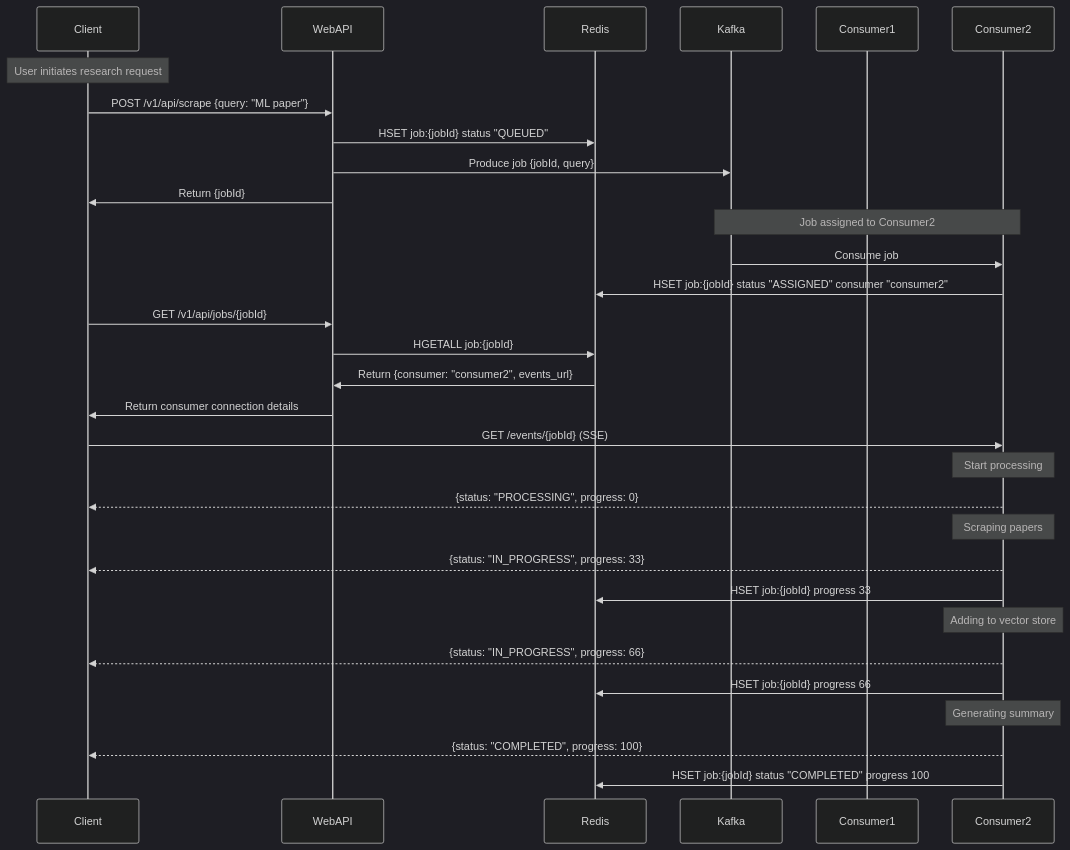
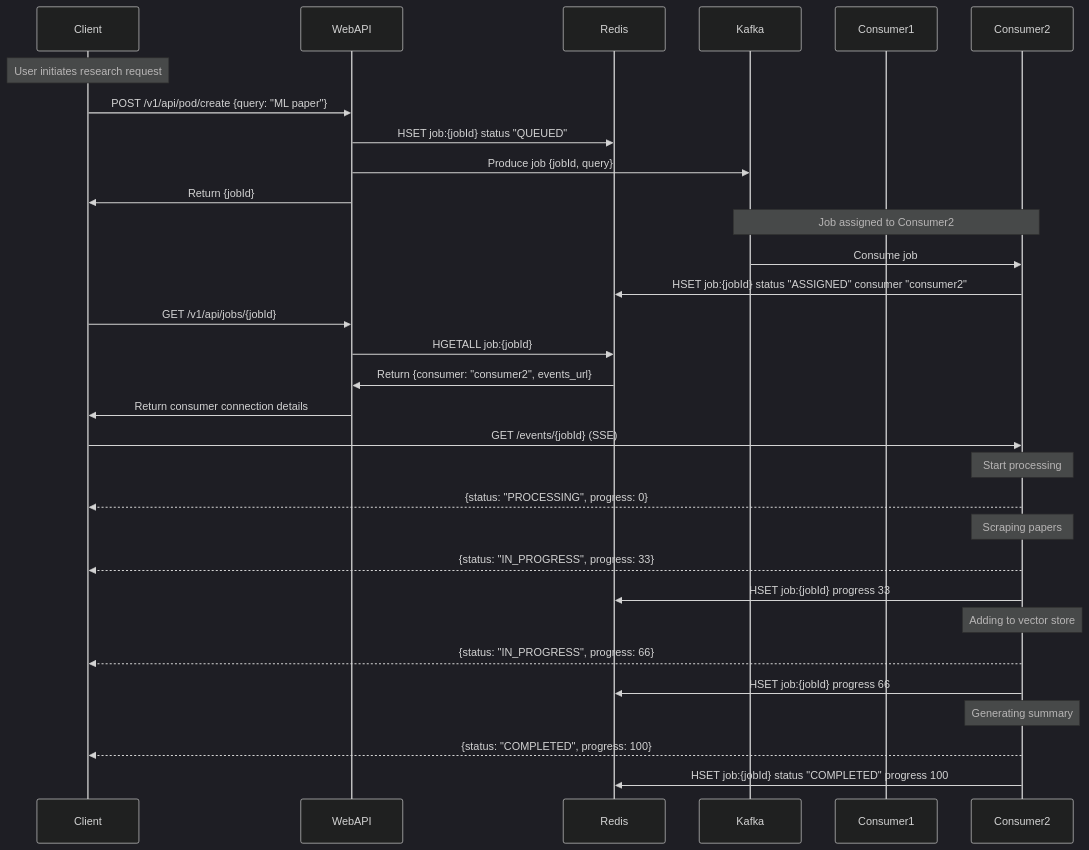
The third of 3 diagrams in README.md (richardr1126/research-pod-api), drawn with Mermaid (dark theme) before and after one commit. The commit also changed other lines of this file and 13 other files, not shown here.

````diff
--- a/README.md
+++ b/README.md
@@ -78,37 +78,37 @@
 ```mermaid
 sequenceDiagram
    participant Client
    participant WebAPI
    participant Redis
    participant Kafka
    participant Consumer1
    participant Consumer2
    
    Note over Client: User initiates research request
-   Client->>WebAPI: POST /v1/api/scrape {query: "ML paper"}
+   Client->>WebAPI: POST /v1/api/pod/create {query: "ML paper"}
    WebAPI->>Redis: HSET job:{jobId} status "QUEUED"
    WebAPI->>Kafka: Produce job {jobId, query}
    WebAPI->>Client: Return {jobId}
    
    Note over Kafka,Consumer2: Job assigned to Consumer2
    Kafka->>Consumer2: Consume job
    Consumer2->>Redis: HSET job:{jobId} status "ASSIGNED" consumer "consumer2"
    
    Client->>WebAPI: GET /v1/api/jobs/{jobId}
    WebAPI->>Redis: HGETALL job:{jobId}
    Redis->>WebAPI: Return {consumer: "consumer2", events_url}
    WebAPI->>Client: Return consumer connection details
    
    Client->>Consumer2: GET /events/{jobId} (SSE)
    Note over Consumer2: Start processing
    Consumer2-->>Client: {status: "PROCESSING", progress: 0}
    Note over Consumer2: Scraping papers
    Consumer2-->>Client: {status: "IN_PROGRESS", progress: 33}
    Consumer2->>Redis: HSET job:{jobId} progress 33
    Note over Consumer2: Adding to vector store
    Consumer2-->>Client: {status: "IN_PROGRESS", progress: 66}
    Consumer2->>Redis: HSET job:{jobId} progress 66
    Note over Consumer2: Generating summary
    Consumer2-->>Client: {status: "COMPLETED", progress: 100}
    Consumer2->>Redis: HSET job:{jobId} status "COMPLETED" progress 100
 ```
````
